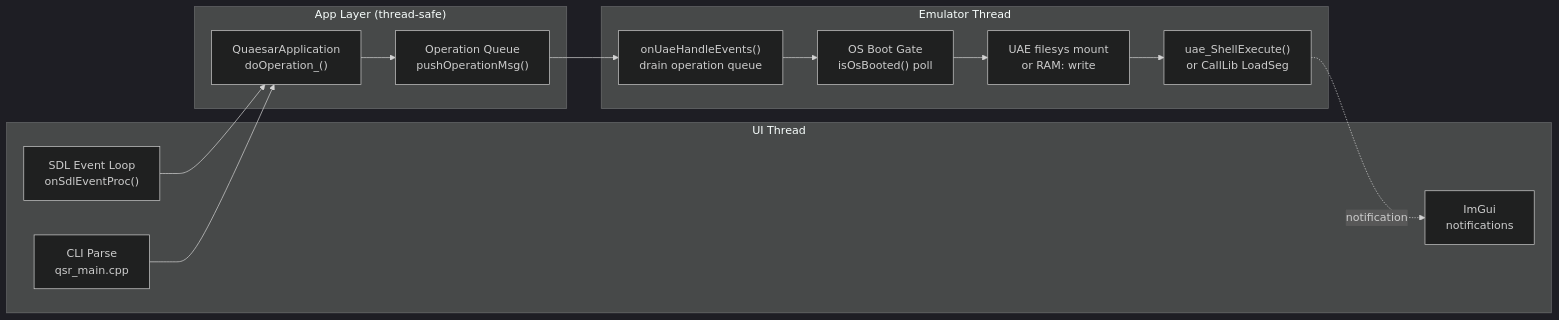
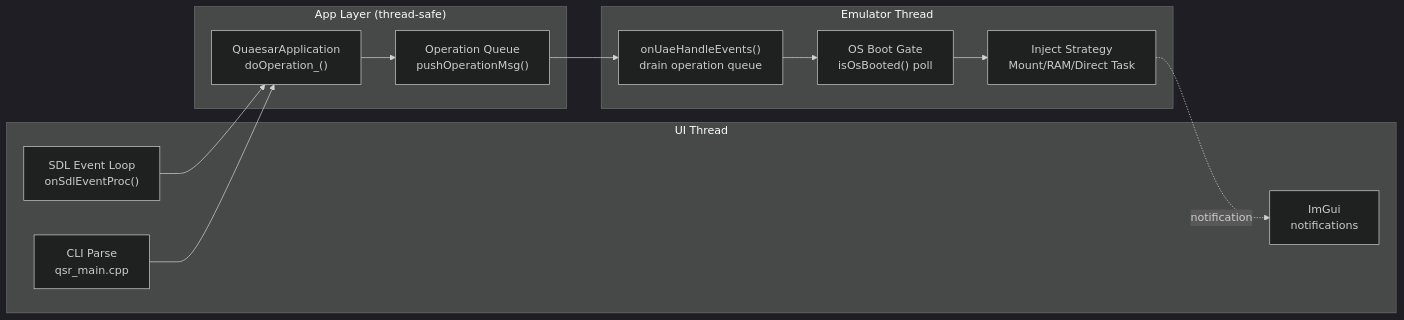
The sixth of 11 diagrams in doc/hunk_launcher_design.md (alfishe/quaesar-ng), drawn with Mermaid (dark theme) before and after one commit. The commit also changed other lines of this file and 7 other files, not shown here.

````diff
--- a/doc/hunk_launcher_design.md
+++ b/doc/hunk_launcher_design.md
@@ -746,29 +530,27 @@
 ```mermaid
 graph LR
     subgraph "UI Thread"
         SDL["SDL Event Loop<br/>onSdlEventProc()"]
         CLI["CLI Parse<br/>qsr_main.cpp"]
         UI["ImGui<br/>notifications"]
     end
 
     subgraph "App Layer (thread-safe)"
         APP["QuaesarApplication<br/>doOperation_()"]
         QUEUE["Operation Queue<br/>pushOperationMsg()"]
     end
 
     subgraph "Emulator Thread"
         DRAIN["onUaeHandleEvents()<br/>drain operation queue"]
         GATE["OS Boot Gate<br/>isOsBooted() poll"]
-        INJECT_UAE["UAE filesys mount<br/>or RAM: write"]
-        EXEC["uae_ShellExecute()<br/>or CallLib LoadSeg"]
+        INJECT["Inject Strategy<br/>Mount/RAM/Direct Task"]
     end
 
     SDL --> APP
     CLI --> APP
     APP --> QUEUE
     QUEUE --> DRAIN
     DRAIN --> GATE
-    GATE --> INJECT_UAE
-    INJECT_UAE --> EXEC
-    EXEC -.->|"notification"| UI
+    GATE --> INJECT
+    INJECT -.->|"notification"| UI
 ```
````
